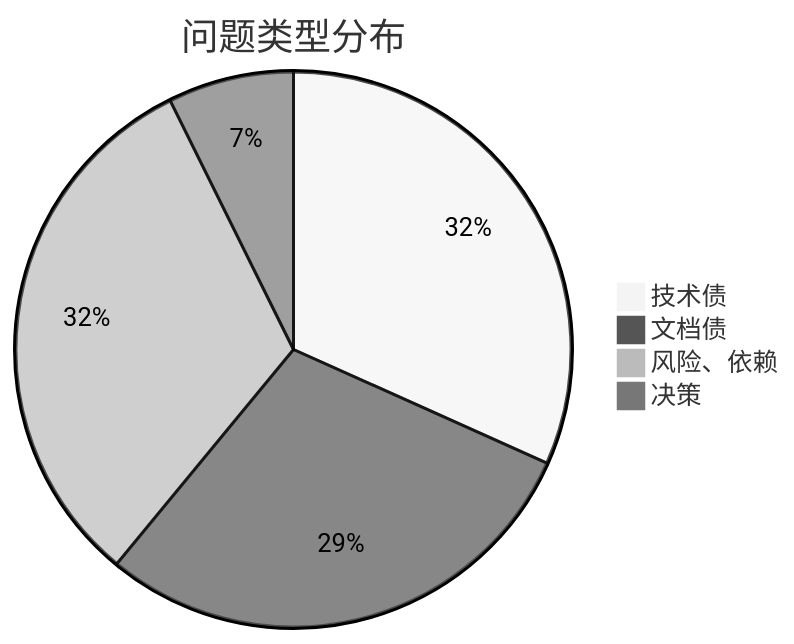
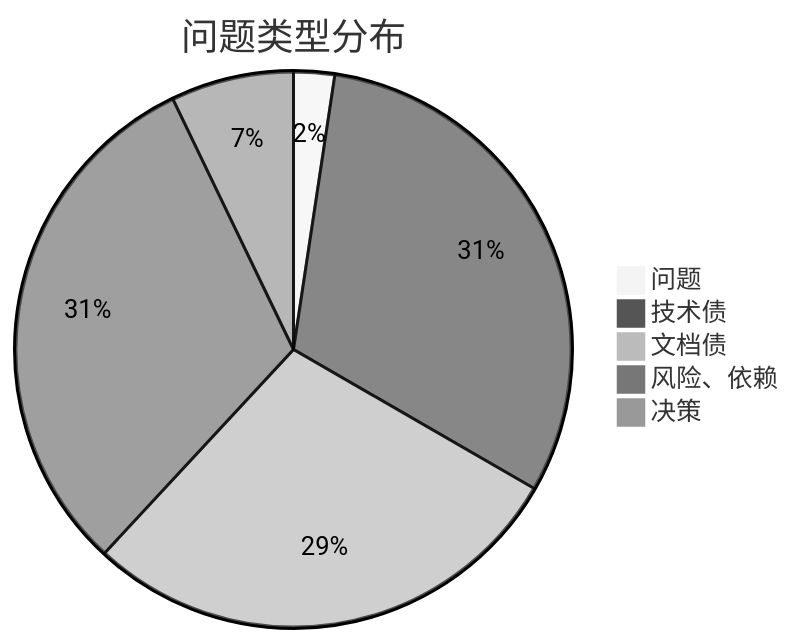
One commit to THZSummer/sddu changed the fourth of 8 diagrams in .sddu/ROADMAP.md. Above: the diagram before and after it, drawn with Mermaid (neutral theme). The commit also changed other lines of this file, not shown here.

First line of the commit message:
docs(roadmap): 新增 v6「简化与本质化」大版本（PR-017/P-042）+ v5.3.0 移出单列 v12「多平台适配（二期）」

````diff
--- a/.sddu/ROADMAP.md
+++ b/.sddu/ROADMAP.md
@@ -150,7 +154,8 @@
 ```mermaid
 pie title 问题类型分布
+    "问题" : 1
     "技术债" : 13
     "文档债" : 12
     "风险、依赖" : 13
     "决策" : 3
 ```
````
